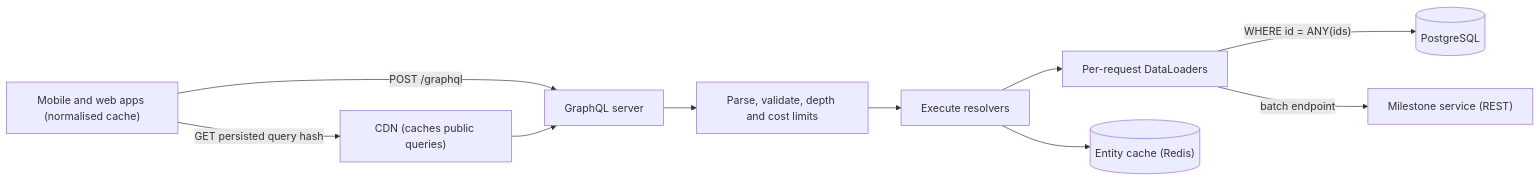
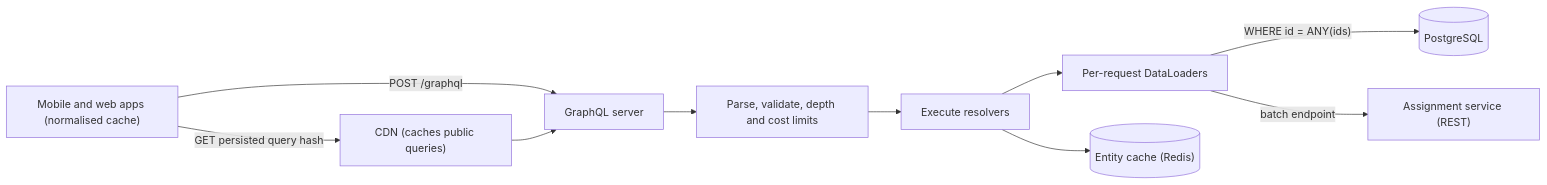
Before and after one commit to rizwi0786/system-design-lab: the first of 2 diagrams in content/lessons/m10/m10-graphql.md, drawn with Mermaid. The commit also changed other lines of this file and 334 other files, not shown here.

````diff
--- a/content/lessons/m10/m10-graphql.md
+++ b/content/lessons/m10/m10-graphql.md
@@ -290,12 +291,12 @@
 ```mermaid
 flowchart LR
     Apps["Mobile and web apps (normalised cache)"] -->|"GET persisted query hash"| CDN["CDN (caches public queries)"]
     Apps -->|"POST /graphql"| GQL["GraphQL server"]
     CDN --> GQL
     GQL --> Val["Parse, validate, depth and cost limits"]
     Val --> Exec["Execute resolvers"]
     Exec --> DL["Per-request DataLoaders"]
     DL -->|"WHERE id = ANY(ids)"| DB[("PostgreSQL")]
-    DL -->|"batch endpoint"| MS["Milestone service (REST)"]
+    DL -->|"batch endpoint"| MS["Assignment service (REST)"]
     Exec --> Redis[("Entity cache (Redis)")]
 ```
````
